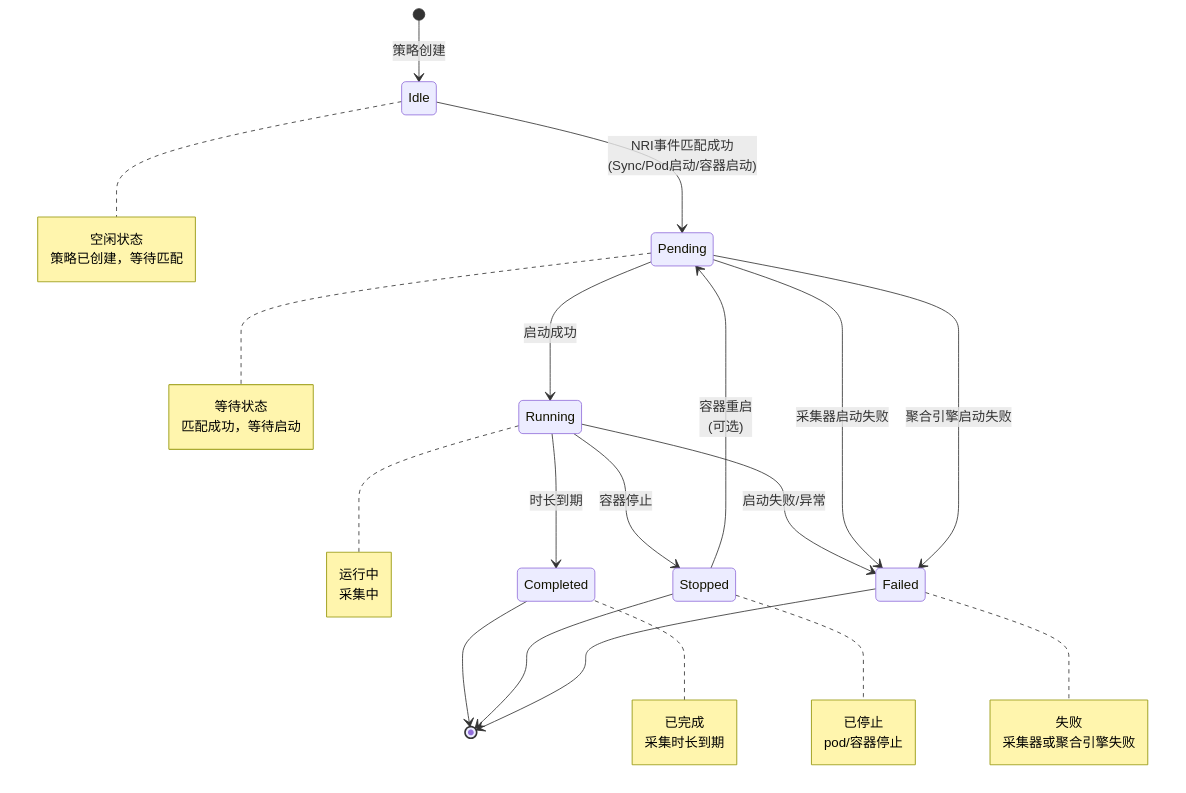
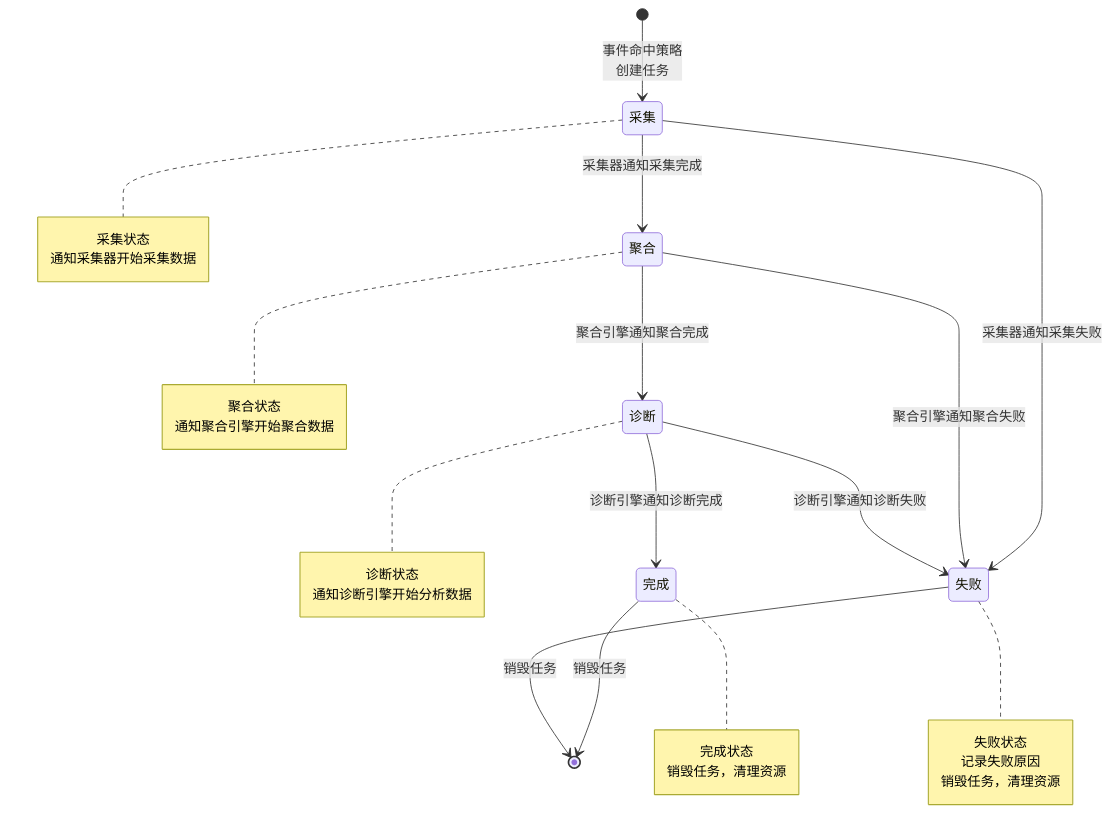
Before and after one commit to TDnorthgarden/nuts: the fourth of 14 diagrams in docs/arch.md, drawn with Mermaid. The commit also changed other lines of this file and 4 other files, not shown here.

````diff
--- a/docs/arch.md
+++ b/docs/arch.md
@@ -163,51 +180,42 @@
 ```mermaid
 stateDiagram-v2
-    [*] --> Idle: 策略创建
+    [*] --> 采集: 事件命中策略<br/>创建任务
 
-    Idle --> Pending: NRI事件匹配成功<br/>(Sync/Pod启动/容器启动)
+    采集 --> 聚合: 采集器通知采集完成
+    采集 --> 失败: 采集器通知采集失败
 
-    Pending --> Running: 启动成功
+    聚合 --> 诊断: 聚合引擎通知聚合完成
+    聚合 --> 失败: 聚合引擎通知聚合失败
 
-    Running --> Completed: 时长到期
-    Running --> Stopped: 容器停止
-    Running --> Failed: 启动失败/异常
+    诊断 --> 完成: 诊断引擎通知诊断完成
+    诊断 --> 失败: 诊断引擎通知诊断失败
 
-    Pending --> Failed: 采集器启动失败
-    Pending --> Failed: 聚合引擎启动失败
+    完成 --> [*]: 销毁任务
+    失败 --> [*]: 销毁任务
 
-    Stopped --> Pending: 容器重启<br/>(可选)
-
-    Completed --> [*]
-    Stopped --> [*]
-    Failed --> [*]
-
-    note right of Idle
-        空闲状态
-        策略已创建，等待匹配
+    note right of 采集
+        采集状态
+        通知采集器开始采集数据
     end note
 
-    note right of Pending
-        等待状态
-        匹配成功，等待启动
+    note right of 聚合
+        聚合状态
+        通知聚合引擎开始聚合数据
     end note
 
-    note right of Running
-        运行中
-        采集中
+    note right of 诊断
+        诊断状态
+        通知诊断引擎开始分析数据
     end note
 
-    note right of Completed
-        已完成
-        采集时长到期
+    note right of 完成
+        完成状态
+        销毁任务，清理资源
     end note
 
-    note right of Stopped
-        已停止
-        pod/容器停止
-    end note
-
-    note right of Failed
-        失败
-        采集器或聚合引擎失败
+    note right of 失败
+        失败状态
+        记录失败原因
+        销毁任务，清理资源
     end note
 ```
````
